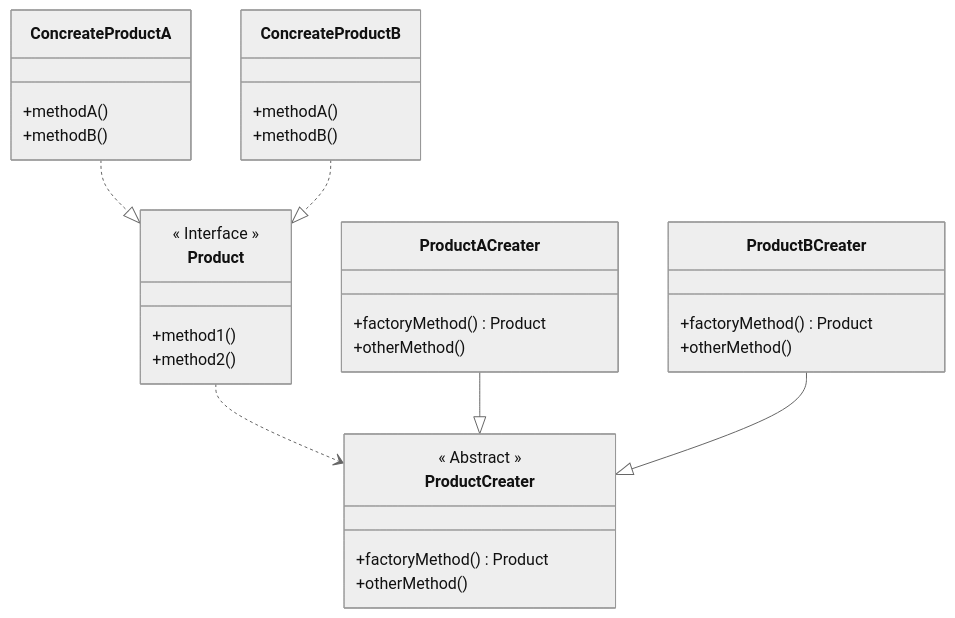
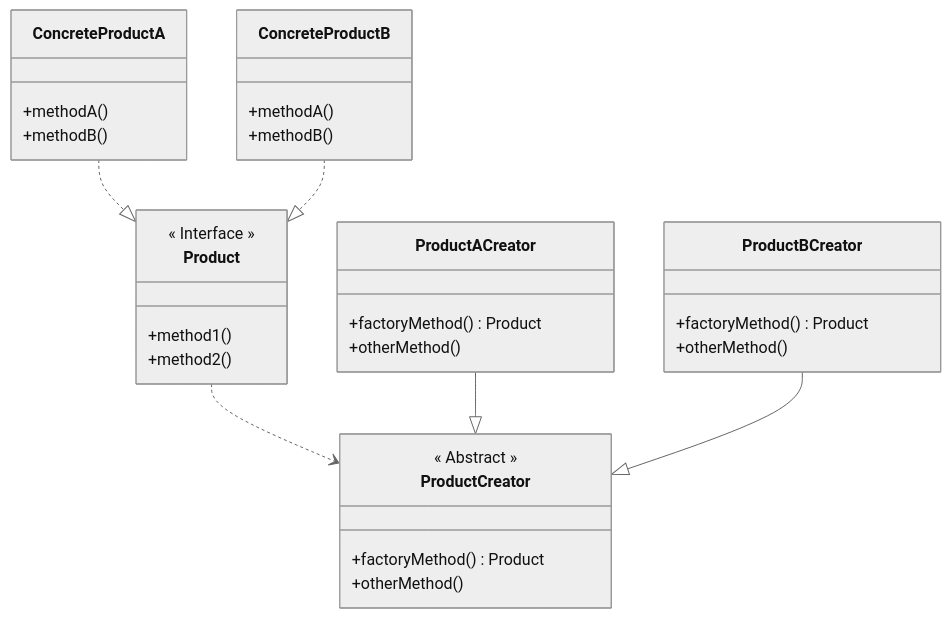
One commit to wangy325/endlessriver changed the diagram in content/zh/docs/design_pattern/creation/20240326_factory.md. Above: the diagram before and after it, drawn with Mermaid (neutral theme). The commit also changed other lines of this file and 17 other files, not shown here.

```diff
--- a/content/zh/docs/design_pattern/creation/20240326_factory.md
+++ b/content/zh/docs/design_pattern/creation/20240326_factory.md
@@ -36,39 +36,39 @@
 {{< mermaid >}}
 classDiagram
 
 class Product {
   << Interface >>
   +method1()
   +method2()
 }
-Product ..> ProductCreater
-class ProductCreater {
+Product ..> ProductCreator
+class ProductCreator {
   << Abstract >>
   +factoryMethod() Product
   +otherMethod()
 }
 
-ConcreateProductA ..|> Product
-class ConcreateProductA {
+ConcreteProductA ..|> Product
+class ConcreteProductA {
   +methodA()
   +methodB()
 }
 
-ConcreateProductB ..|> Product
-class ConcreateProductB {
+ConcreteProductB ..|> Product
+class ConcreteProductB {
   +methodA()
   +methodB()
 }
 
-ProductACreater --|> ProductCreater
-class ProductACreater {
+ProductACreator --|> ProductCreator
+class ProductACreator {
   +factoryMethod() Product
   +otherMethod()
 }
 
-ProductBCreater --|> ProductCreater
-class ProductBCreater {
+ProductBCreator --|> ProductCreator
+class ProductBCreator {
   +factoryMethod() Product
   +otherMethod()
 }
 {{< /mermaid >}}
```
